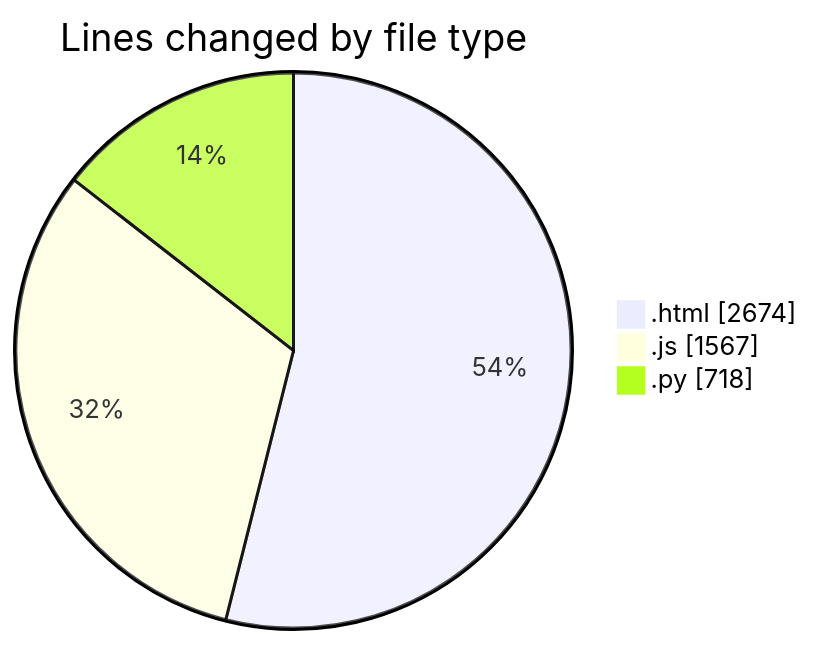
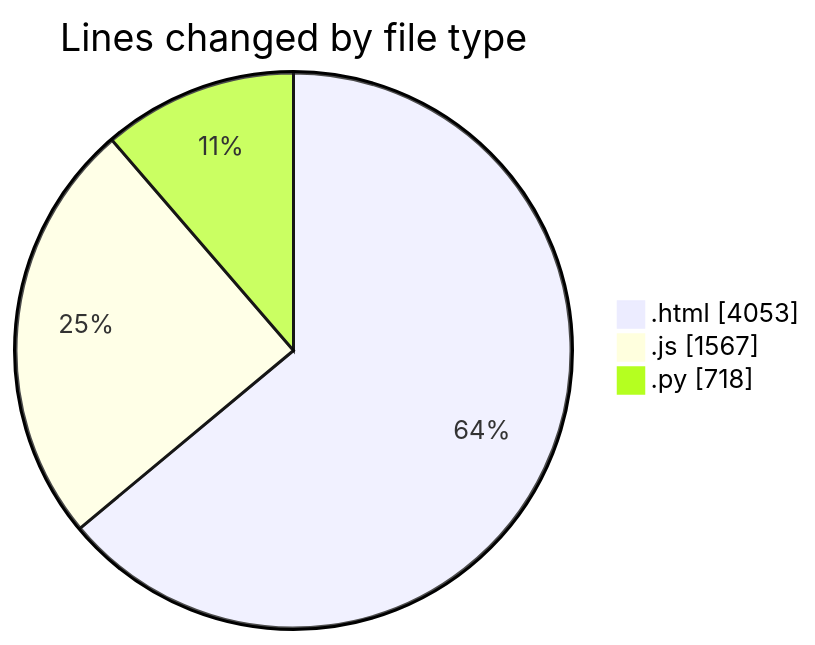
The first of 2 diagrams in 2026-07-15/shibass-ai/README.md (shibass792/code-tracking), drawn with Mermaid before and after one commit. The commit also changed other lines of this file and 1 other file, not shown here.

````diff
--- a/2026-07-15/shibass-ai/README.md
+++ b/2026-07-15/shibass-ai/README.md
@@ -23,7 +24,7 @@
 ```mermaid
 pie showData
 title Lines changed by file type
-".html" : 2674
+".html" : 4053
 ".js" : 1567
 ".py" : 718
 ```
````
